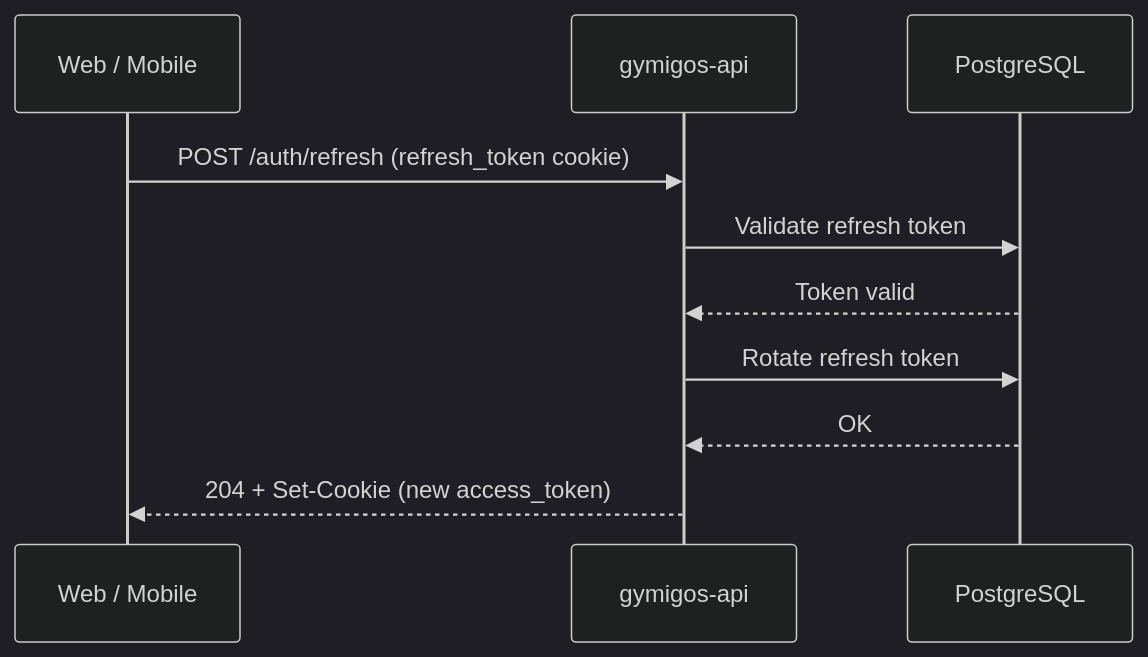
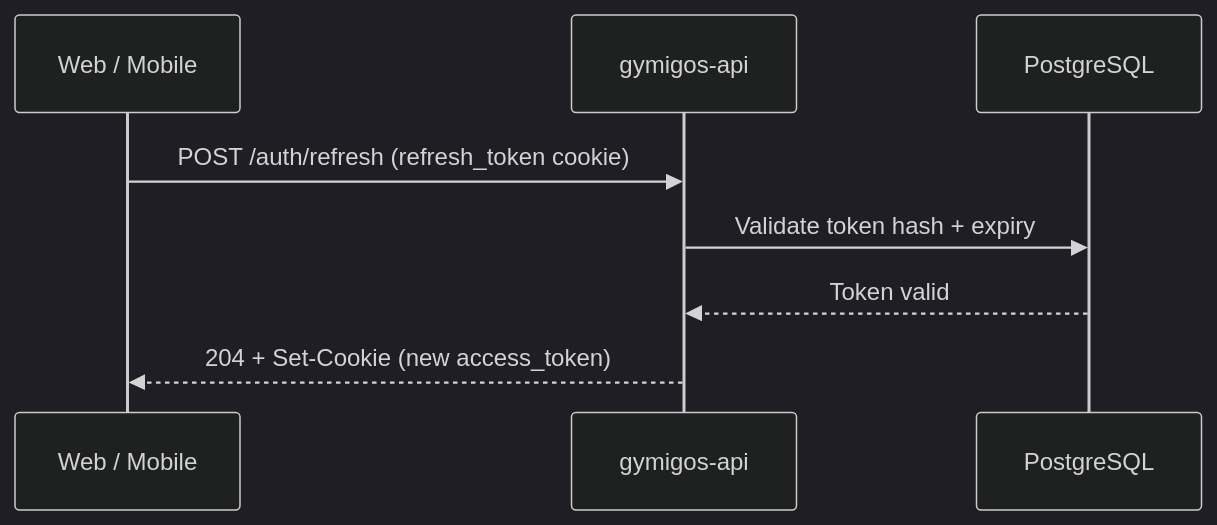
Before and after one commit to phelypecavalcante/gymigos-infra: the third of 4 diagrams in docs/flows/auth-flow.md, drawn with Mermaid (dark theme). The commit also changed other lines of this file, not shown here.

Commit message:
docs: update auth flow — X-Client-Type header, upsert behaviour, correct logout cookie

````diff
--- a/docs/flows/auth-flow.md
+++ b/docs/flows/auth-flow.md
@@ -46,13 +49,11 @@
 ```mermaid
 sequenceDiagram
   participant Client as Web / Mobile
   participant API as gymigos-api
   participant DB as PostgreSQL
 
   Client->>API: POST /auth/refresh (refresh_token cookie)
-  API->>DB: Validate refresh token
+  API->>DB: Validate token hash + expiry
   DB-->>API: Token valid
-  API->>DB: Rotate refresh token
-  DB-->>API: OK
   API-->>Client: 204 + Set-Cookie (new access_token)
 ```
````
